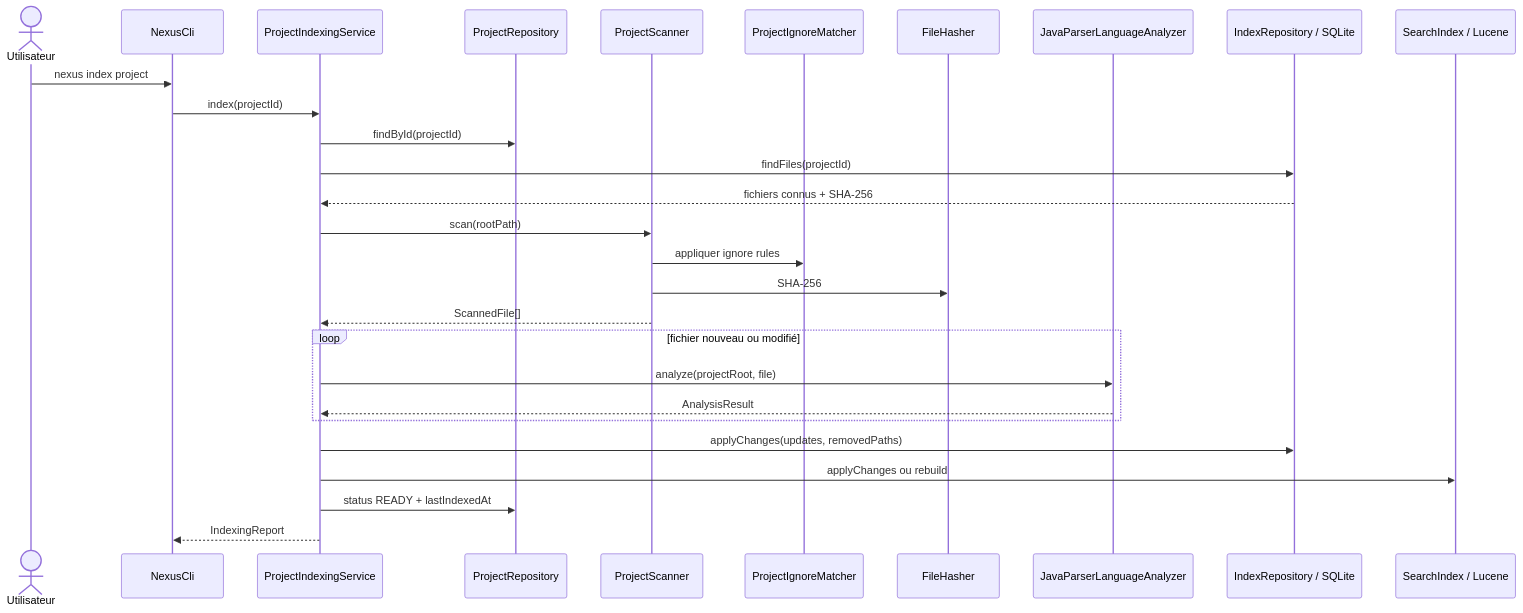
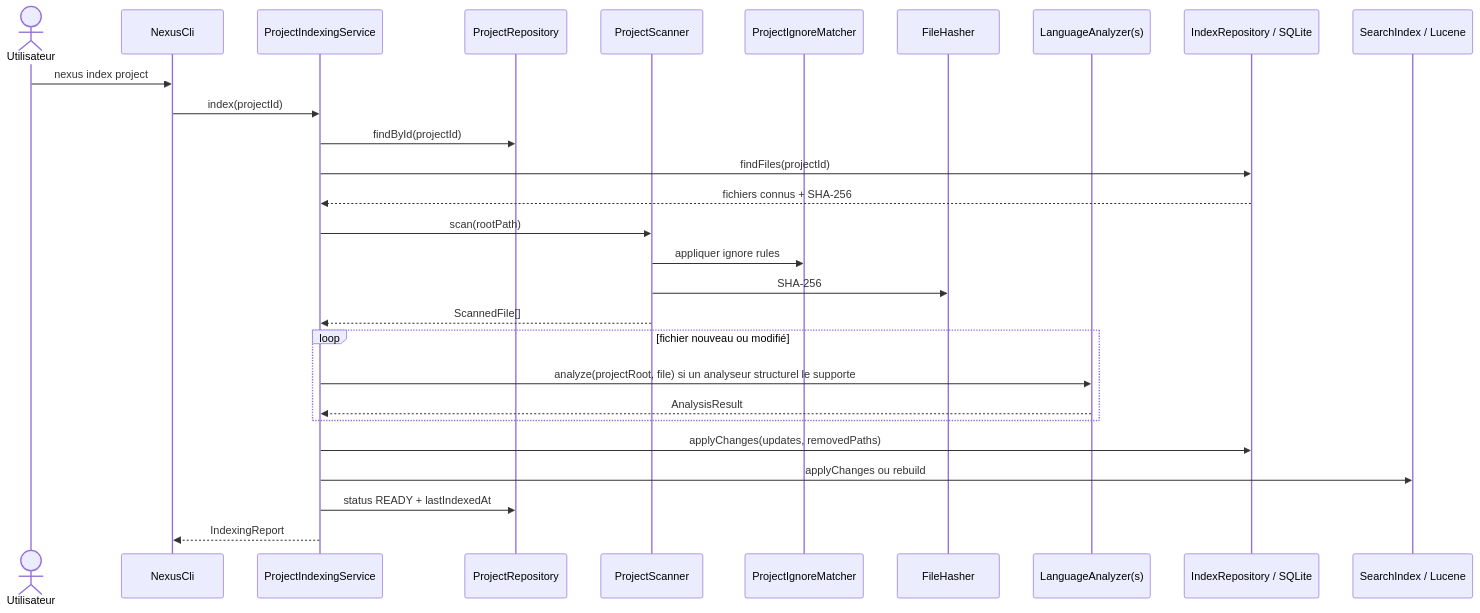
The first of 2 diagrams in docs/developer/indexing-pipeline.md (FTurleque/nexus-context-engine), drawn with Mermaid before and after one commit. The commit also changed other lines of this file, not shown here.

````diff
--- a/docs/developer/indexing-pipeline.md
+++ b/docs/developer/indexing-pipeline.md
@@ -21,34 +21,34 @@
 ```mermaid
 sequenceDiagram
     actor User as Utilisateur
     participant CLI as NexusCli
     participant SVC as ProjectIndexingService
     participant Repo as ProjectRepository
     participant Scanner as ProjectScanner
     participant Ignore as ProjectIgnoreMatcher
     participant Hash as FileHasher
-    participant AST as JavaParserLanguageAnalyzer
+    participant Analyzer as LanguageAnalyzer(s)
     participant SQLite as IndexRepository / SQLite
     participant Lucene as SearchIndex / Lucene
 
     User->>CLI: nexus index project
     CLI->>SVC: index(projectId)
     SVC->>Repo: findById(projectId)
     SVC->>SQLite: findFiles(projectId)
     SQLite-->>SVC: fichiers connus + SHA-256
 
     SVC->>Scanner: scan(rootPath)
     Scanner->>Ignore: appliquer ignore rules
     Scanner->>Hash: SHA-256
     Scanner-->>SVC: ScannedFile[]
 
     loop fichier nouveau ou modifié
-        SVC->>AST: analyze(projectRoot, file)
-        AST-->>SVC: AnalysisResult
+        SVC->>Analyzer: analyze(projectRoot, file) si un analyseur structurel le supporte
+        Analyzer-->>SVC: AnalysisResult
     end
 
     SVC->>SQLite: applyChanges(updates, removedPaths)
     SVC->>Lucene: applyChanges ou rebuild
     SVC->>Repo: status READY + lastIndexedAt
     SVC-->>CLI: IndexingReport
 ```
````
